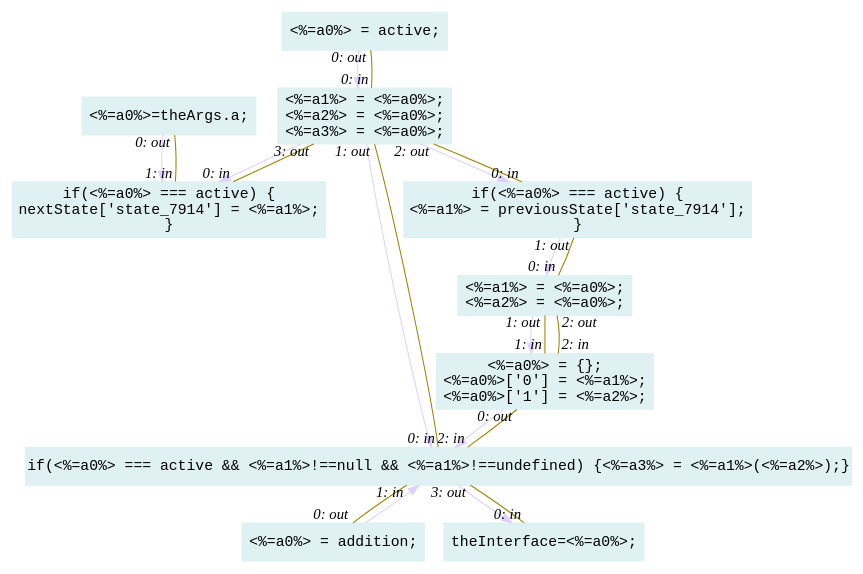
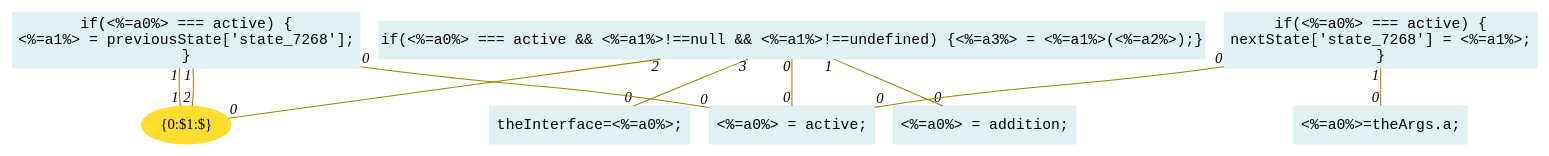
Before and after one commit to crubier/lidl: the diagram in lidl-core/example/ok/sumOfPrevious/error.dot, drawn with Graphviz. The commit also changed 205 other files, not shown here.

```diff
--- a/lidl-core/example/ok/sumOfPrevious/error.dot
+++ b/lidl-core/example/ok/sumOfPrevious/error.dot
@@ -1,51 +1,29 @@
-digraph g{node_7890 [shape="box", style="filled", color="#dff1f2", fontname="Courier", label="<%=a0%>=theArgs.a;
+digraph g{node_7218 [shape="ellipse", style="filled", color="#ffde2f", fontname="Times", label="{0:$1:$}" ]
+node_7244 [shape="box", style="filled", color="#dff1f2", fontname="Courier", label="<%=a0%>=theArgs.a;
 " ]
-node_7892 [shape="box", style="filled", color="#dff1f2", fontname="Courier", label="theInterface=<%=a0%>;
+node_7246 [shape="box", style="filled", color="#dff1f2", fontname="Courier", label="theInterface=<%=a0%>;
 " ]
-node_7901 [shape="box", style="filled", color="#dff1f2", fontname="Courier", label="<%=a0%> = active;
+node_7255 [shape="box", style="filled", color="#dff1f2", fontname="Courier", label="<%=a0%> = active;
 " ]
-node_7907 [shape="box", style="filled", color="#dff1f2", fontname="Courier", label="<%=a0%> = addition;
+node_7261 [shape="box", style="filled", color="#dff1f2", fontname="Courier", label="<%=a0%> = addition;
 " ]
-node_7909 [shape="box", style="filled", color="#dff1f2", fontname="Courier", label="if(<%=a0%> === active && <%=a1%>!==null && <%=a1%>!==undefined) {<%=a3%> = <%=a1%>(<%=a2%>);}
+node_7263 [shape="box", style="filled", color="#dff1f2", fontname="Courier", label="if(<%=a0%> === active && <%=a1%>!==null && <%=a1%>!==undefined) {<%=a3%> = <%=a1%>(<%=a2%>);}
 " ]
-node_7915 [shape="box", style="filled", color="#dff1f2", fontname="Courier", label="if(<%=a0%> === active) {
-<%=a1%> = previousState['state_7914'];
+node_7269 [shape="box", style="filled", color="#dff1f2", fontname="Courier", label="if(<%=a0%> === active) {
+<%=a1%> = previousState['state_7268'];
 }
 " ]
-node_7919 [shape="box", style="filled", color="#dff1f2", fontname="Courier", label="if(<%=a0%> === active) {
-nextState['state_7914'] = <%=a1%>;
+node_7273 [shape="box", style="filled", color="#dff1f2", fontname="Courier", label="if(<%=a0%> === active) {
+nextState['state_7268'] = <%=a1%>;
 }
 " ]
-node_7922 [shape="box", style="filled", color="#dff1f2", fontname="Courier", label="<%=a0%> = {};
-<%=a0%>['0'] = <%=a1%>;
-<%=a0%>['1'] = <%=a2%>;
-" ]
-node_7926 [shape="box", style="filled", color="#dff1f2", fontname="Courier", label="<%=a1%> = <%=a0%>;
-<%=a2%> = <%=a0%>;
-<%=a3%> = <%=a0%>;
-" ]
-node_7931 [shape="box", style="filled", color="#dff1f2", fontname="Courier", label="<%=a1%> = <%=a0%>;
-<%=a2%> = <%=a0%>;
-" ]
-node_7890 -> node_7919 [dir=forward, arrowHead=normal, fontname="Times-Italic", arrowsize=1, color="#ddd2ff", label="",  headlabel="", taillabel="" ]
-node_7909 -> node_7892 [dir=forward, arrowHead=normal, fontname="Times-Italic", arrowsize=1, color="#ddd2ff", label="",  headlabel="", taillabel="" ]
-node_7922 -> node_7909 [dir=forward, arrowHead=normal, fontname="Times-Italic", arrowsize=1, color="#ddd2ff", label="",  headlabel="", taillabel="" ]
-node_7931 -> node_7922 [dir=forward, arrowHead=normal, fontname="Times-Italic", arrowsize=1, color="#ddd2ff", label="",  headlabel="", taillabel="" ]
-node_7915 -> node_7931 [dir=forward, arrowHead=normal, fontname="Times-Italic", arrowsize=1, color="#ddd2ff", label="",  headlabel="", taillabel="" ]
-node_7926 -> node_7909 [dir=forward, arrowHead=normal, fontname="Times-Italic", arrowsize=1, color="#ddd2ff", label="",  headlabel="", taillabel="" ]
-node_7926 -> node_7915 [dir=forward, arrowHead=normal, fontname="Times-Italic", arrowsize=1, color="#ddd2ff", label="",  headlabel="", taillabel="" ]
-node_7926 -> node_7919 [dir=forward, arrowHead=normal, fontname="Times-Italic", arrowsize=1, color="#ddd2ff", label="",  headlabel="", taillabel="" ]
-node_7901 -> node_7926 [dir=forward, arrowHead=normal, fontname="Times-Italic", arrowsize=1, color="#ddd2ff", label="",  headlabel="", taillabel="" ]
-node_7907 -> node_7909 [dir=forward, arrowHead=normal, fontname="Times-Italic", arrowsize=1, color="#ddd2ff", label="",  headlabel="", taillabel="" ]
-node_7909 -> node_7907 [dir=none, arrowHead=none, fontname="Times-Italic", arrowsize=1, color="#9d8400", label="",  headlabel="0: out", taillabel="1: in" ]
-node_7909 -> node_7892 [dir=none, arrowHead=none, fontname="Times-Italic", arrowsize=1, color="#9d8400", label="",  headlabel="0: in", taillabel="3: out" ]
-node_7919 -> node_7890 [dir=none, arrowHead=none, fontname="Times-Italic", arrowsize=1, color="#9d8400", label="",  headlabel="0: out", taillabel="1: in" ]
-node_7922 -> node_7909 [dir=none, arrowHead=none, fontname="Times-Italic", arrowsize=1, color="#9d8400", label="",  headlabel="2: in", taillabel="0: out" ]
-node_7901 -> node_7926 [dir=none, arrowHead=none, fontname="Times-Italic", arrowsize=1, color="#9d8400", label="",  headlabel="0: in", taillabel="0: out" ]
-node_7926 -> node_7909 [dir=none, arrowHead=none, fontname="Times-Italic", arrowsize=1, color="#9d8400", label="",  headlabel="0: in", taillabel="1: out" ]
-node_7926 -> node_7915 [dir=none, arrowHead=none, fontname="Times-Italic", arrowsize=1, color="#9d8400", label="",  headlabel="0: in", taillabel="2: out" ]
-node_7926 -> node_7919 [dir=none, arrowHead=none, fontname="Times-Italic", arrowsize=1, color="#9d8400", label="",  headlabel="0: in", taillabel="3: out" ]
-node_7915 -> node_7931 [dir=none, arrowHead=none, fontname="Times-Italic", arrowsize=1, color="#9d8400", label="",  headlabel="0: in", taillabel="1: out" ]
-node_7931 -> node_7922 [dir=none, arrowHead=none, fontname="Times-Italic", arrowsize=1, color="#9d8400", label="",  headlabel="1: in", taillabel="1: out" ]
-node_7931 -> node_7922 [dir=none, arrowHead=none, fontname="Times-Italic", arrowsize=1, color="#9d8400", label="",  headlabel="2: in", taillabel="2: out" ]
+node_7263 -> node_7255 [dir=none, arrowHead=none, fontname="Times-Italic", arrowsize=1, color="#9d8400", label="",  headlabel="0", taillabel="0" ]
+node_7263 -> node_7261 [dir=none, arrowHead=none, fontname="Times-Italic", arrowsize=1, color="#9d8400", label="",  headlabel="0", taillabel="1" ]
+node_7263 -> node_7218 [dir=none, arrowHead=none, fontname="Times-Italic", arrowsize=1, color="#9d8400", label="",  headlabel="0", taillabel="2" ]
+node_7263 -> node_7246 [dir=none, arrowHead=none, fontname="Times-Italic", arrowsize=1, color="#9d8400", label="",  headlabel="0", taillabel="3" ]
+node_7269 -> node_7255 [dir=none, arrowHead=none, fontname="Times-Italic", arrowsize=1, color="#9d8400", label="",  headlabel="0", taillabel="0" ]
+node_7269 -> node_7218 [dir=none, arrowHead=none, fontname="Times-Italic", arrowsize=1, color="#9d8400", label="",  headlabel="1", taillabel="1" ]
+node_7269 -> node_7218 [dir=none, arrowHead=none, fontname="Times-Italic", arrowsize=1, color="#9d8400", label="",  headlabel="2", taillabel="1" ]
+node_7273 -> node_7255 [dir=none, arrowHead=none, fontname="Times-Italic", arrowsize=1, color="#9d8400", label="",  headlabel="0", taillabel="0" ]
+node_7273 -> node_7244 [dir=none, arrowHead=none, fontname="Times-Italic", arrowsize=1, color="#9d8400", label="",  headlabel="0", taillabel="1" ]
 }
```
